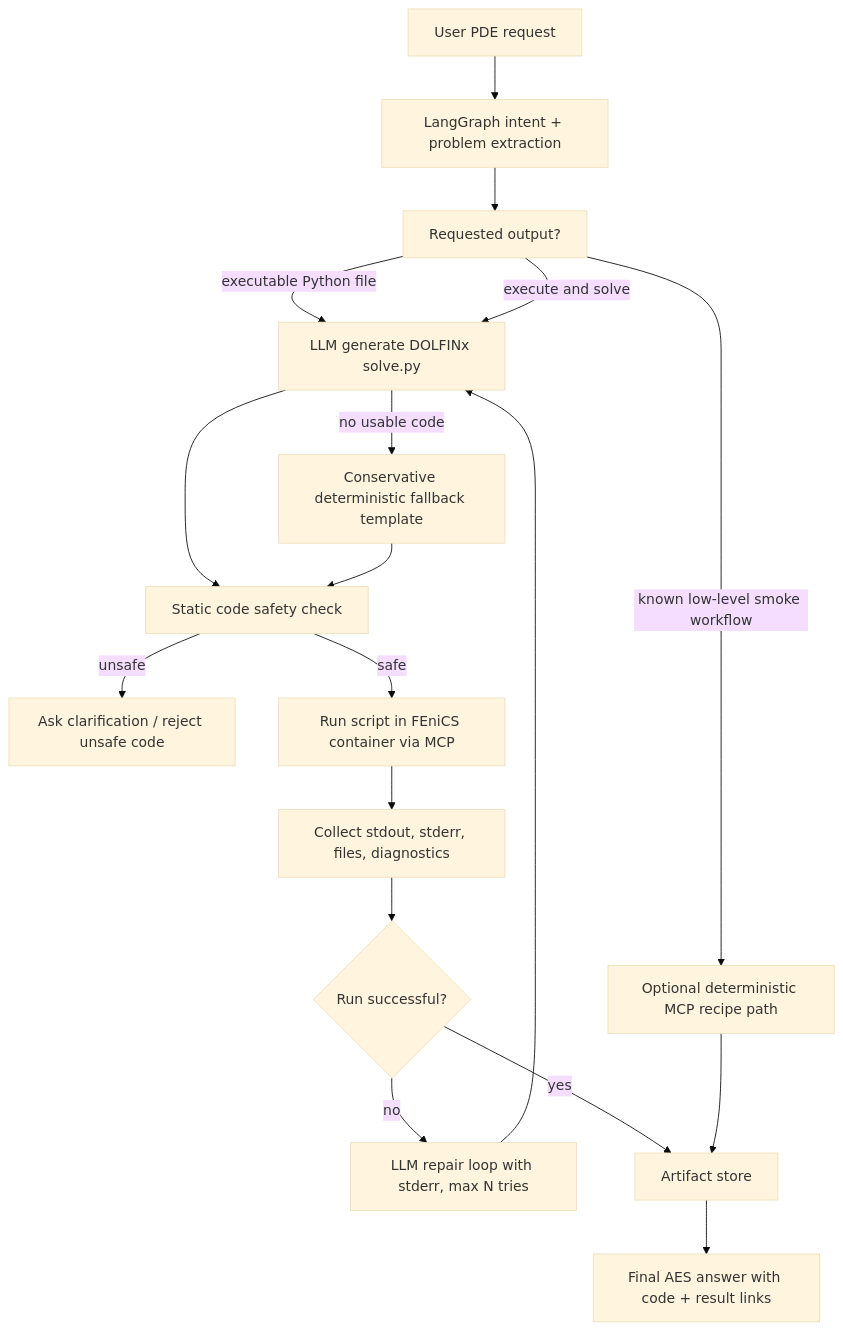
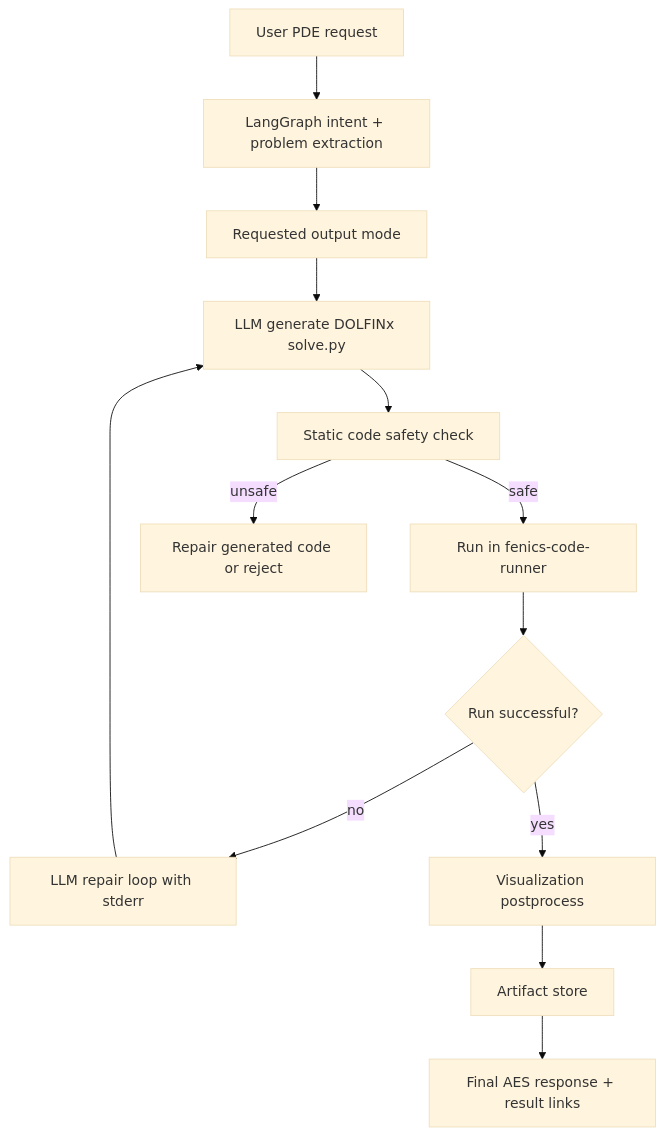
One commit to RadmirG/AES changed the seventh of 9 diagrams in docs/architecture.md. Above: the diagram before and after it, drawn with Mermaid (base theme). The commit also changed other lines of this file and 12 other files, not shown here.

Commit message:
New architecture.md for each project and python code checker

````diff
--- a/docs/architecture.md
+++ b/docs/architecture.md
@@ -53,27 +183,15 @@
 ```mermaid
 flowchart TD
     A["User PDE request"] --> B["LangGraph intent + problem extraction"]
-    B --> C["Requested output?"]
-
-    C -->|executable Python file| D["LLM generate DOLFINx solve.py"]
-    C -->|execute and solve| D
-
+    B --> C["Requested output mode"]
+    C --> D["LLM generate DOLFINx solve.py"]
     D --> E["Static code safety check"]
-    E -->|unsafe| F["Ask clarification / reject unsafe code"]
-    E -->|safe| G["Run script in FEniCS container via MCP"]
-
-    G --> H["Collect stdout, stderr, files, diagnostics"]
-    H --> I{"Run successful?"}
-
-    I -->|no| J["LLM repair loop with stderr, max N tries"]
-    J --> D
-
-    D -->|no usable code| D1["Conservative deterministic fallback template"]
-    D1 --> E
-
-    I -->|yes| K["Artifact store"]
-    K --> L["Final AES answer with code + result links"]
-
-    C -->|known low-level smoke workflow| M["Optional deterministic MCP recipe path"]
-    M --> K
+    E -->|safe| F["Run in fenics-code-runner"]
+    E -->|unsafe| G["Repair generated code or reject"]
+    F --> H{"Run successful?"}
+    H -->|no| I["LLM repair loop with stderr"]
+    I --> D
+    H -->|yes| J["Visualization postprocess"]
+    J --> K["Artifact store"]
+    K --> L["Final AES response + result links"]
 ```
````
